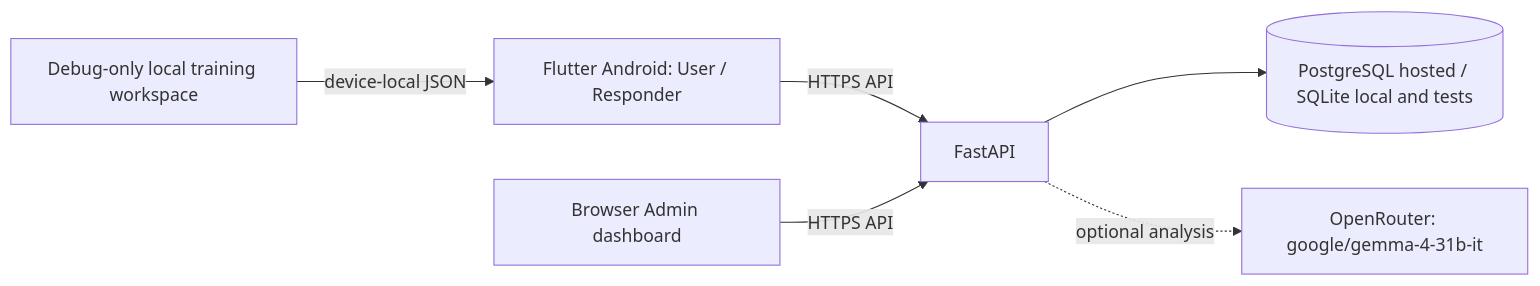
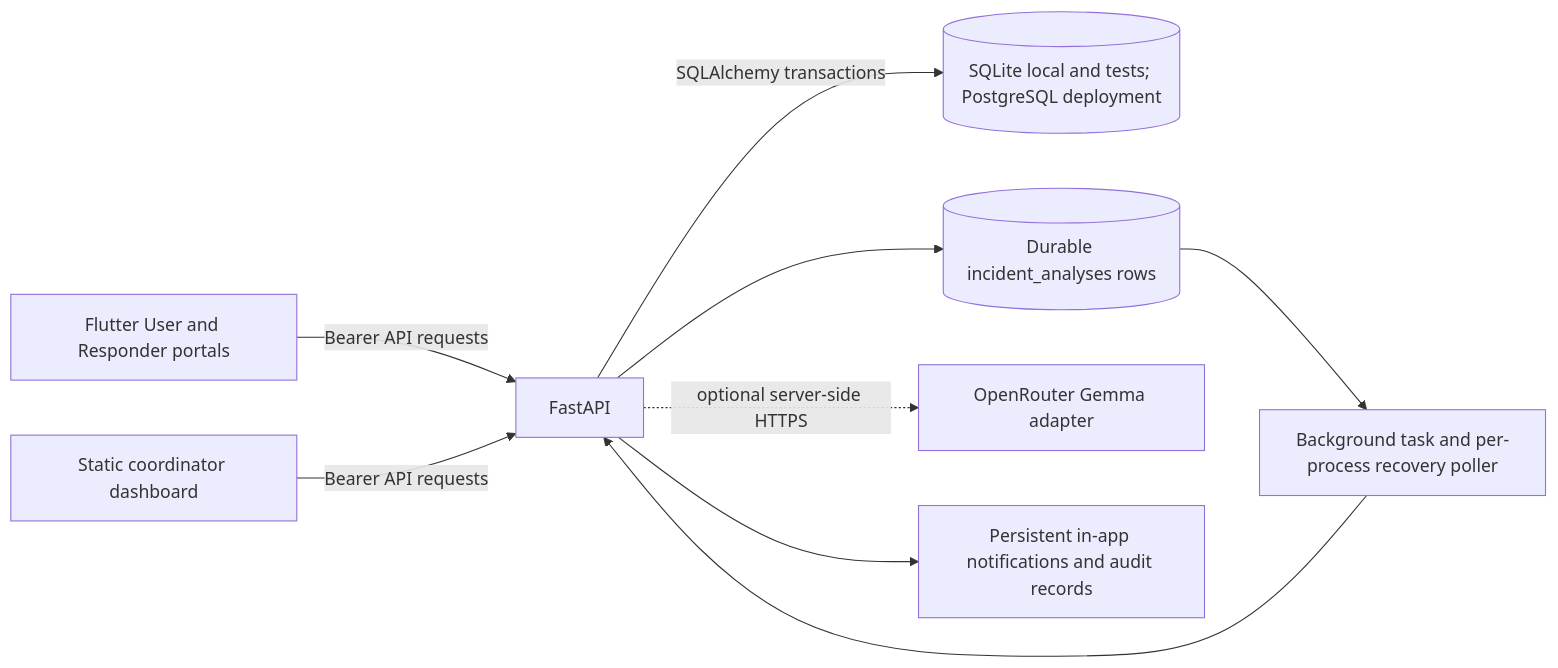
Before and after one commit to QaziZaid16/emergency_coordination_system: the first of 2 diagrams in README.md, drawn with Mermaid. The commit also changed other lines of this file and 28 other files, not shown here.

Commit message:
feat: document and harden incident analysis integration

````diff
--- a/README.md
+++ b/README.md
@@ -18,8 +79,11 @@
-```mermaid
+~~~mermaid
 flowchart LR
-  U[Flutter Android: User / Responder] -->|HTTPS API| API[FastAPI]
-  A[Browser Admin dashboard] -->|HTTPS API| API
-  API --> DB[(PostgreSQL hosted / SQLite local and tests)]
-  API -. optional analysis .-> AI[OpenRouter: google/gemma-4-31b-it]
-  T[Debug-only local training workspace] -->|device-local JSON| U
-```
+  F[Flutter User and Responder portals] -->|Bearer API requests| A[FastAPI]
+  W[Static coordinator dashboard] -->|Bearer API requests| A
+  A -->|SQLAlchemy transactions| D[(SQLite local and tests; PostgreSQL deployment)]
+  A --> Q[(Durable incident_analyses rows)]
+  Q --> B[Background task and per-process recovery poller]
+  B --> A
+  A -. optional server-side HTTPS .-> O[OpenRouter Gemma adapter]
+  A --> N[Persistent in-app notifications and audit records]
+~~~
````
